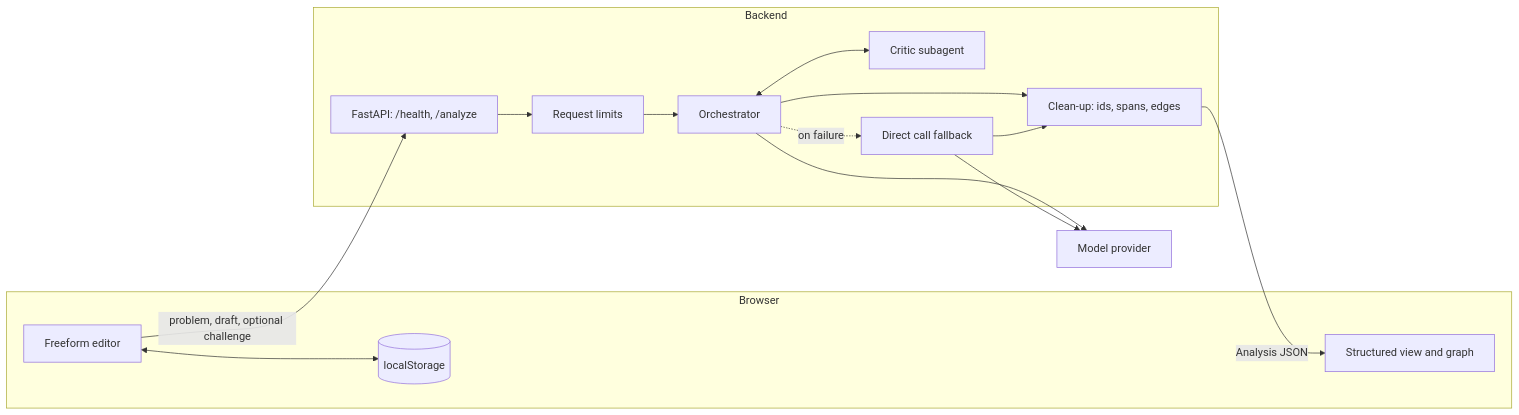
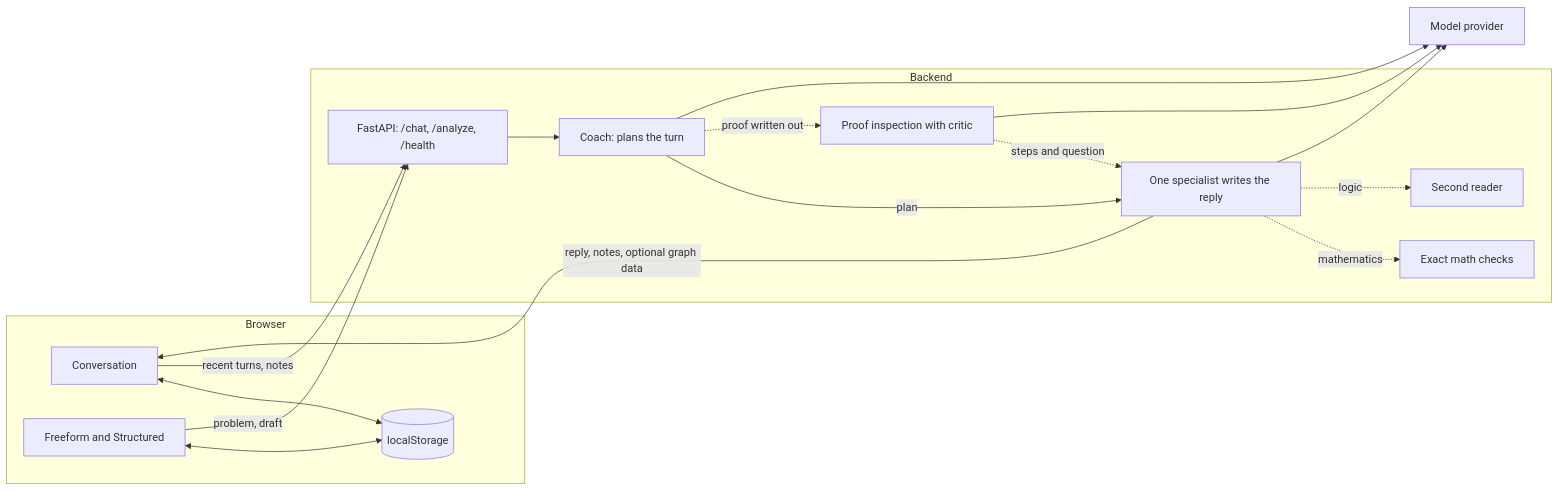
Before and after one commit to bvazrala/Hetu: the diagram in README.md, drawn with Mermaid. The commit also changed other lines of this file and 34 other files, not shown here.

Commit message:
Rebuild Hetu as an adaptive learning conversation with specialist agents

````diff
--- a/README.md
+++ b/README.md
@@ -57,28 +31,32 @@
 ```mermaid
 flowchart LR
     subgraph Browser
-        ED[Freeform editor]
-        SV[Structured view and graph]
+        CV[Conversation]
+        WS[Freeform and Structured]
         LS[(localStorage)]
     end
     subgraph Backend
-        API["FastAPI: /health, /analyze"]
-        LIM[Request limits]
-        ORC[Orchestrator]
-        CR[Critic subagent]
-        DIR[Direct call fallback]
-        CL["Clean-up: ids, spans, edges"]
+        API["FastAPI: /chat, /analyze, /health"]
+        CO["Coach: plans the turn"]
+        SP["One specialist writes the reply"]
+        MT["Exact math checks"]
+        SR["Second reader"]
+        PI["Proof inspection with critic"]
     end
     PR[Model provider]
 
-    ED <--> LS
-    ED -->|"problem, draft, optional challenge"| API
-    API --> LIM --> ORC
-    ORC <--> CR
-    ORC -.->|"on failure"| DIR
-    ORC --> PR
-    DIR --> PR
-    ORC --> CL
-    DIR --> CL
-    CL -->|"Analysis JSON"| SV
+    CV <--> LS
+    WS <--> LS
+    CV -->|"recent turns, notes"| API
+    WS -->|"problem, draft"| API
+    API --> CO
+    CO -->|"plan"| SP
+    CO -.->|"proof written out"| PI
+    PI -.->|"steps and question"| SP
+    SP -.->|"mathematics"| MT
+    SP -.->|"logic"| SR
+    CO --> PR
+    SP --> PR
+    PI --> PR
+    SP -->|"reply, notes, optional graph data"| CV
 ```
````
